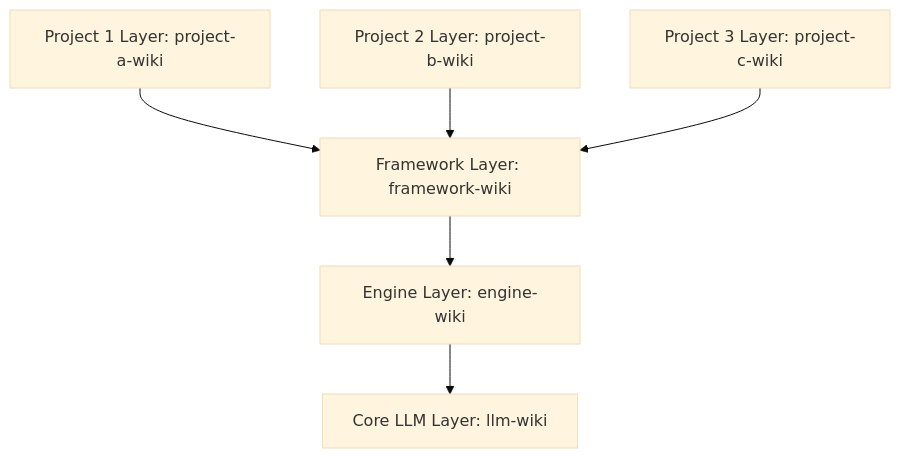
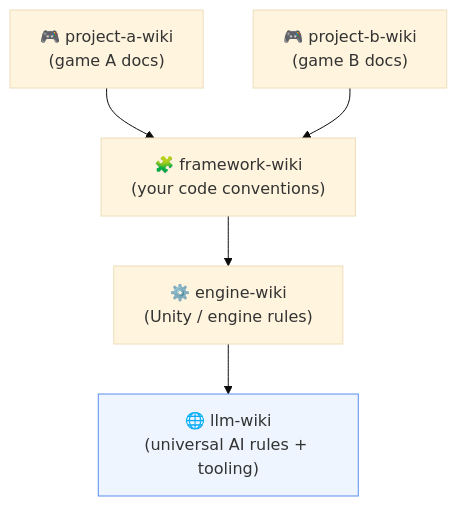
Before and after one commit to gDavASko/DavASkoLLMWiki: the third of 11 diagrams in README.md, drawn with Mermaid (base theme). The commit also changed other lines of this file and 1 other file, not shown here.

````diff
--- a/README.md
+++ b/README.md
@@ -16,8 +91,11 @@
 ```mermaid
 graph TD
-    Project1[Project 1 Layer: project-a-wiki] --> Framework[Framework Layer: framework-wiki]
-    Project2[Project 2 Layer: project-b-wiki] --> Framework
-    Project3[Project 3 Layer: project-c-wiki] --> Framework
-    Framework --> Engine[Engine Layer: engine-wiki]
-    Engine --> Root[Core LLM Layer: llm-wiki]
+    P1["🎮 project-a-wiki<br/>(game A docs)"] --> F
+    P2["🎮 project-b-wiki<br/>(game B docs)"] --> F
+    F["🧩 framework-wiki<br/>(your code conventions)"] --> E
+    E["⚙️ engine-wiki<br/>(Unity / engine rules)"] --> L
+    L["🌐 llm-wiki<br/>(universal AI rules + tooling)"]
+
+    classDef base fill:#eef5ff,stroke:#5b8def;
+    class L base;
 ```
````
